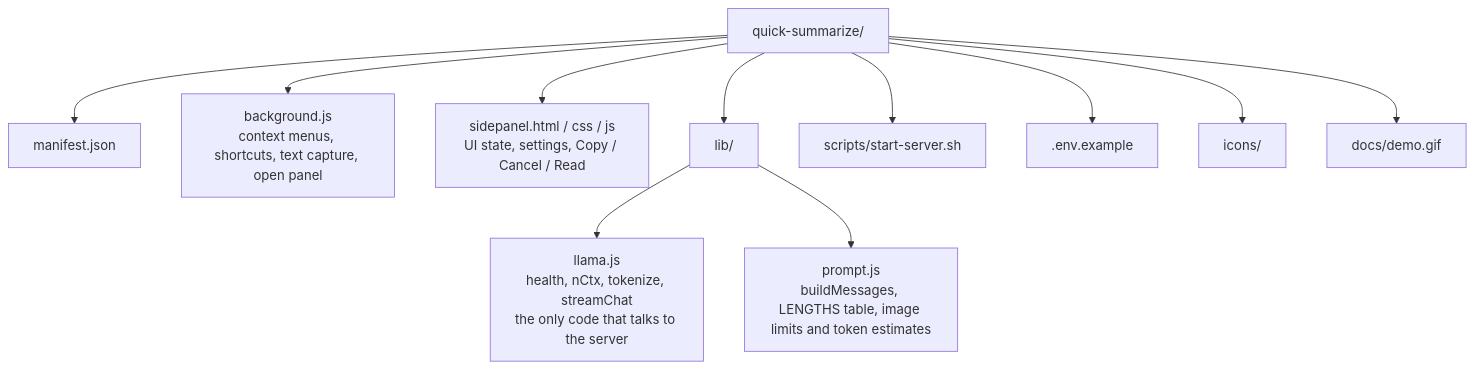
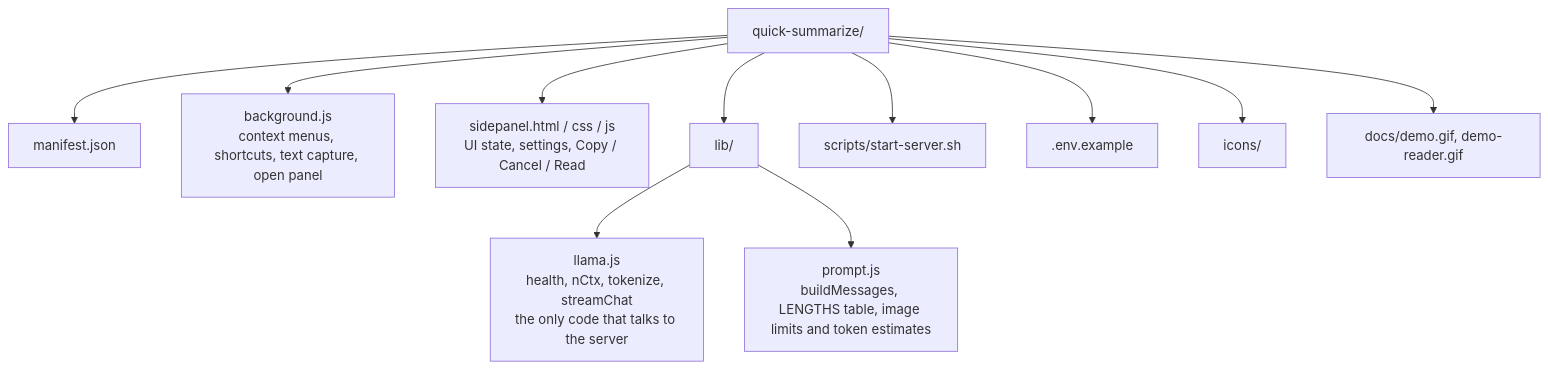
One commit to SeanLangre/quick-summarize changed the second of 3 diagrams in README.md. Above: the diagram before and after it, drawn with Mermaid. The commit also changed other lines of this file and 1 other file, not shown here.

Commit message:
Add demo GIF for reading overlay and update README references

````diff
--- a/README.md
+++ b/README.md
@@ -85,14 +89,14 @@
 ```mermaid
 flowchart TD
     root["quick-summarize/"]
     root --> manifest["manifest.json"]
     root --> bg["background.js<br/>context menus, shortcuts, text capture, open panel"]
     root --> sp["sidepanel.html / css / js<br/>UI state, settings, Copy / Cancel / Read"]
     root --> lib["lib/"]
     lib --> llama["llama.js<br/>health, nCtx, tokenize, streamChat<br/>the only code that talks to the server"]
     lib --> prompt["prompt.js<br/>buildMessages, LENGTHS table, image limits and token estimates"]
     root --> scripts["scripts/start-server.sh"]
     root --> env[".env.example"]
     root --> icons["icons/"]
-    root --> docs["docs/demo.gif"]
+    root --> docs["docs/demo.gif, demo-reader.gif"]
 ```
````
